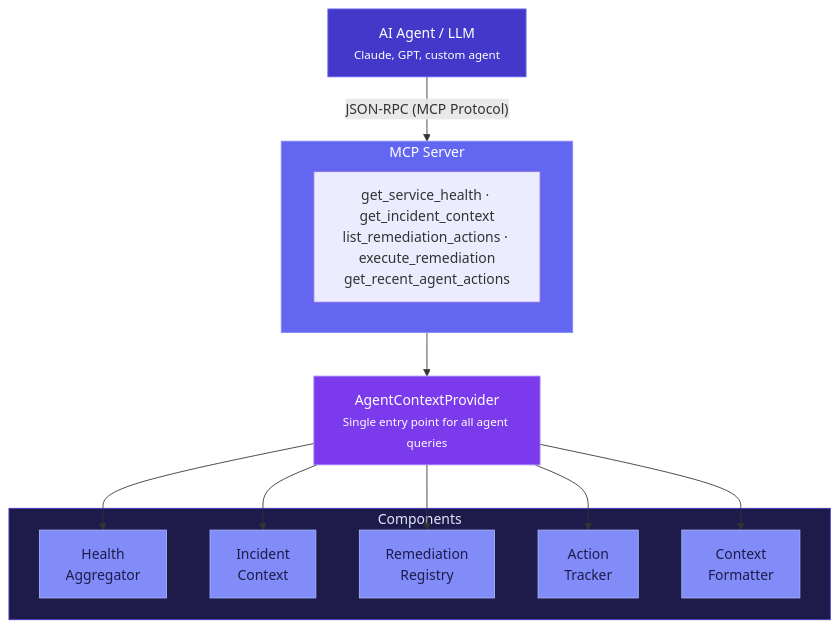
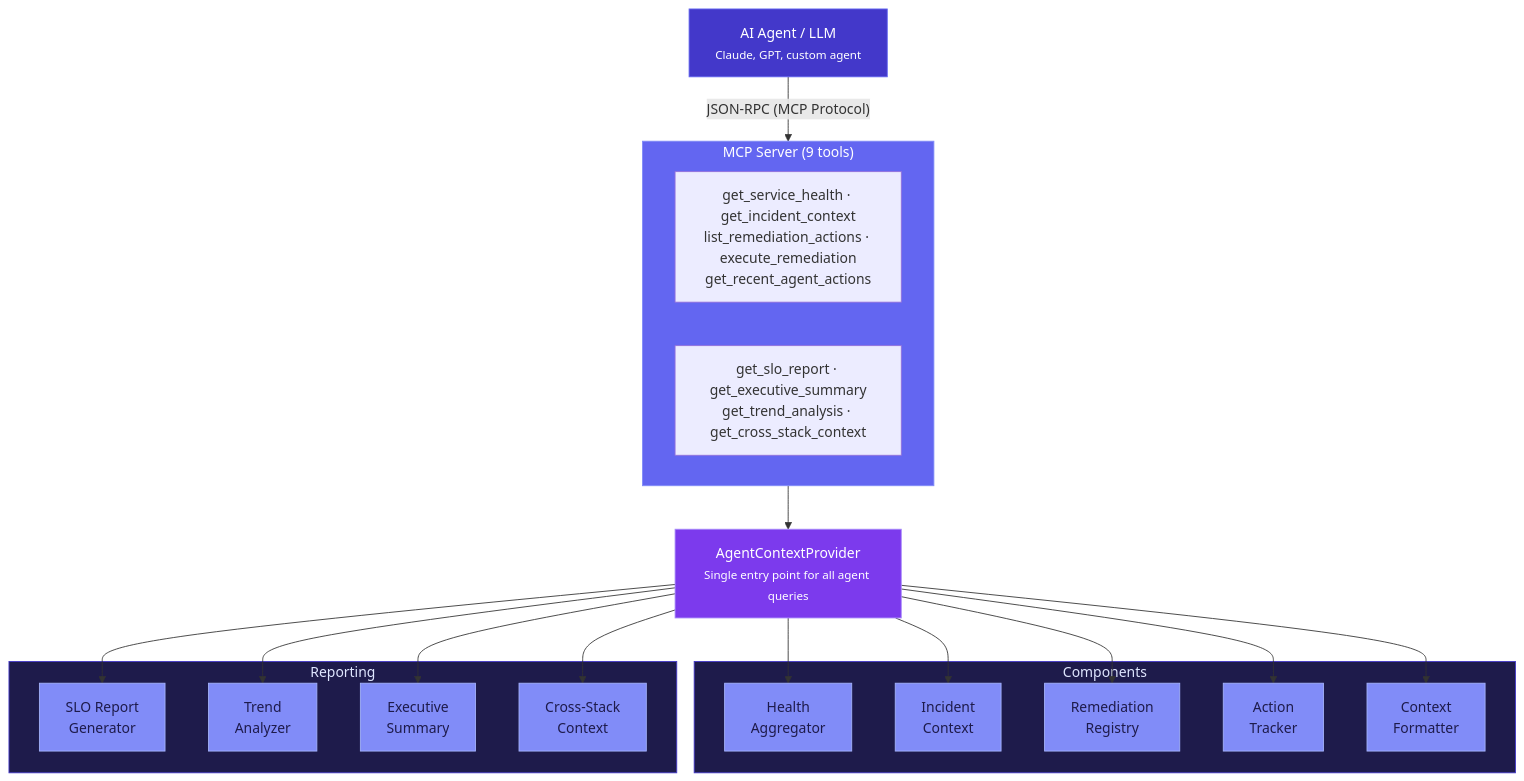
One commit to rrohitramsen/AgentTel changed the diagram in docs/04-AGENT-LAYER.md. Above: the diagram before and after it, drawn with Mermaid. The commit also changed other lines of this file, not shown here.

First line of the commit message:
Update agent layer docs with reporting tools and cross-stack context

````diff
--- a/docs/04-AGENT-LAYER.md
+++ b/docs/04-AGENT-LAYER.md
@@ -9,36 +9,53 @@
 ```mermaid
 graph TB
     Agent["AI Agent / LLM<br/><small>Claude, GPT, custom agent</small>"]
 
-    subgraph MCP["MCP Server"]
-        Tools["get_service_health · get_incident_context<br/>list_remediation_actions · execute_remediation<br/>get_recent_agent_actions"]
+    subgraph MCP["MCP Server (9 tools)"]
+        Tools1["get_service_health · get_incident_context<br/>list_remediation_actions · execute_remediation<br/>get_recent_agent_actions"]
+        Tools2["get_slo_report · get_executive_summary<br/>get_trend_analysis · get_cross_stack_context"]
     end
 
     ACP["AgentContextProvider<br/><small>Single entry point for all agent queries</small>"]
 
     subgraph Components["Components"]
         HA["Health<br/>Aggregator"]
         IC["Incident<br/>Context"]
         RR["Remediation<br/>Registry"]
         AT["Action<br/>Tracker"]
         CF["Context<br/>Formatter"]
     end
 
+    subgraph Reporting["Reporting"]
+        SLO["SLO Report<br/>Generator"]
+        TR["Trend<br/>Analyzer"]
+        ES["Executive<br/>Summary"]
+        CS["Cross-Stack<br/>Context"]
+    end
+
     Agent -->|"JSON-RPC (MCP Protocol)"| MCP
     MCP --> ACP
     ACP --> HA
     ACP --> IC
     ACP --> RR
     ACP --> AT
     ACP --> CF
+    ACP --> SLO
+    ACP --> TR
+    ACP --> ES
+    ACP --> CS
 
     style Agent fill:#4338ca,stroke:#6366f1,color:#fff
     style MCP fill:#6366f1,stroke:#818cf8,color:#fff
     style ACP fill:#7c3aed,stroke:#a78bfa,color:#fff
     style Components fill:#1e1b4b,stroke:#4338ca,color:#e0e7ff
+    style Reporting fill:#1e1b4b,stroke:#4338ca,color:#e0e7ff
     style HA fill:#818cf8,stroke:#a5b4fc,color:#1e1b4b
     style IC fill:#818cf8,stroke:#a5b4fc,color:#1e1b4b
     style RR fill:#818cf8,stroke:#a5b4fc,color:#1e1b4b
     style AT fill:#818cf8,stroke:#a5b4fc,color:#1e1b4b
     style CF fill:#818cf8,stroke:#a5b4fc,color:#1e1b4b
+    style SLO fill:#818cf8,stroke:#a5b4fc,color:#1e1b4b
+    style TR fill:#818cf8,stroke:#a5b4fc,color:#1e1b4b
+    style ES fill:#818cf8,stroke:#a5b4fc,color:#1e1b4b
+    style CS fill:#818cf8,stroke:#a5b4fc,color:#1e1b4b
 ```
````
